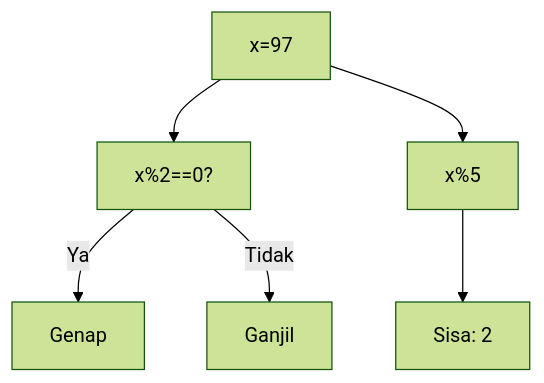
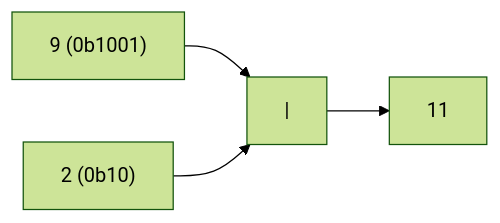
Before and after one commit to amnahwaida/OSNK_INF_PREP: the second of 25 diagrams in part-c-pemahaman-cpp/06-bitwise/latihan/set-05.md, drawn with Mermaid (forest theme). The commit also changed other lines of this file and 71 other files, not shown here.

````diff
--- a/part-c-pemahaman-cpp/06-bitwise/latihan/set-05.md
+++ b/part-c-pemahaman-cpp/06-bitwise/latihan/set-05.md
@@ -88,8 +47,6 @@
 ```mermaid
-graph TD
-A["x=97"] --> B["x%2==0?"]
-B -- Ya --> C["Genap"]
-B -- Tidak --> D["Ganjil"]
-A --> E["x%5"]
-E --> F["Sisa: 2"]
+graph LR
+A["9 (0b1001)"] --> C["|"]
+B["2 (0b10)"] --> C
+C --> D["11"]
 ```
````
